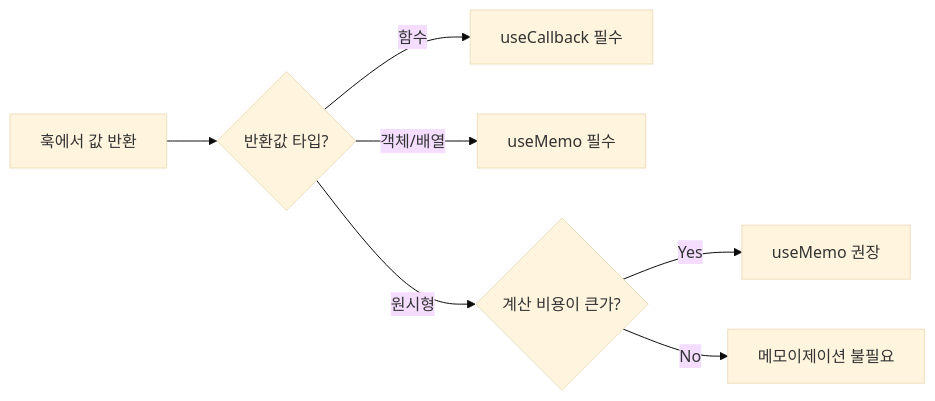
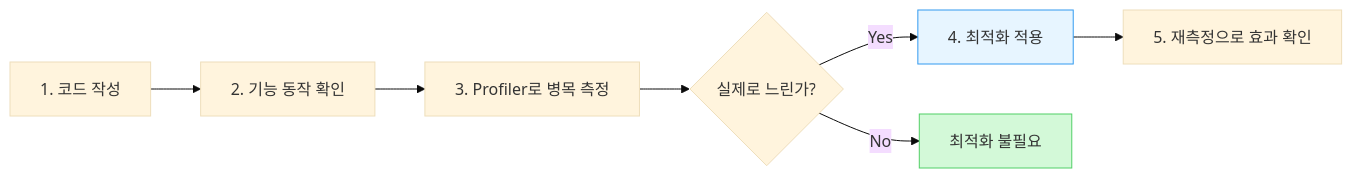
Before and after one commit to codefug/codefug.github.io: diagram 16 of 19 in markdown/2026-01-18/ko/content.mdx, drawn with Mermaid (base theme). The commit also changed other lines of this file and 2 other files, not shown here.

First line of the commit message:
docs: useCallback, useMemo 포스트 영문 내용 정정

````diff
--- a/markdown/2026-01-18/ko/content.mdx
+++ b/markdown/2026-01-18/ko/content.mdx
@@ -1328,9 +1084,12 @@
 ```mermaid
 flowchart LR
-    A["훅에서 값 반환"] --> B{"반환값 타입?"}
-    B -->|"함수"| C["useCallback 필수"]
-    B -->|"객체/배열"| D["useMemo 필수"]
-    B -->|"원시형"| E{"계산 비용이 큰가?"}
-    E -->|"Yes"| F["useMemo 권장"]
-    E -->|"No"| G["메모이제이션 불필요"]
+    A["1. 코드 작성"] --> B["2. 기능 동작 확인"]
+    B --> C["3. Profiler로 병목 측정"]
+    C --> D{"실제로 느린가?"}
+    D -->|Yes| E["4. 최적화 적용"]
+    D -->|No| F["최적화 불필요"]
+    E --> G["5. 재측정으로 효과 확인"]
+
+    style F fill:#d3f9d8,stroke:#51cf66
+    style E fill:#e7f5ff,stroke:#339af0
 ```
````
